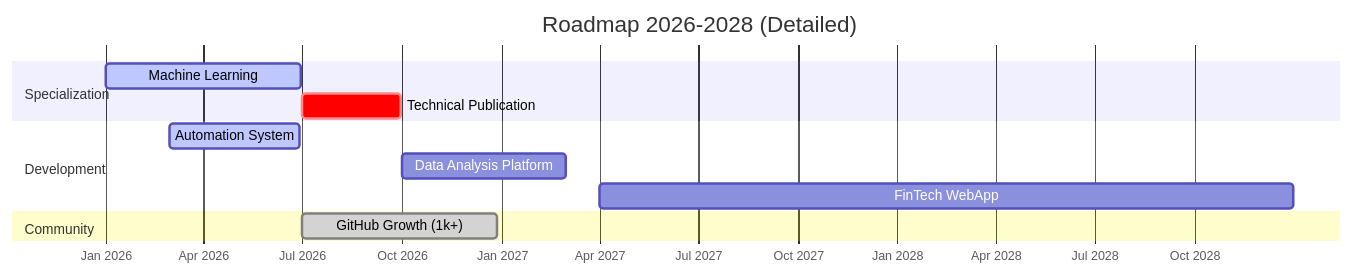
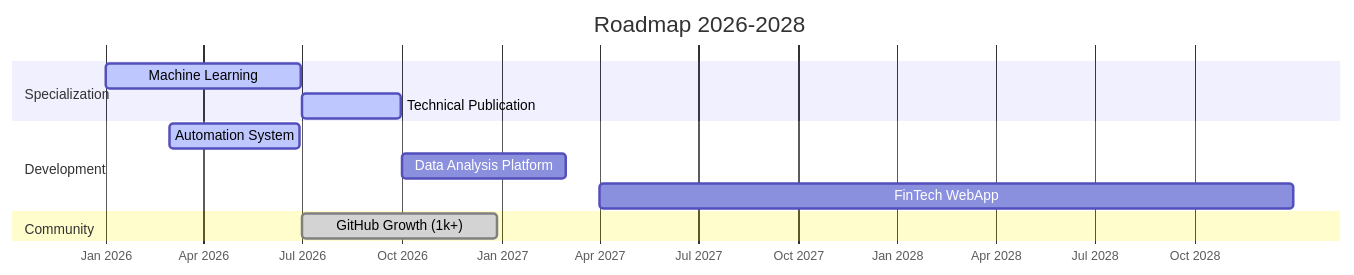
One commit to delblerferreromorgan/delblerferreromorgan changed the second of 4 diagrams in README.md. Above: the diagram before and after it, drawn with Mermaid.

Commit message:
Update roadmap status for Technical Publication

````diff
--- a/README.md
+++ b/README.md
@@ -135,19 +135,19 @@
 ```mermaid
 gantt
-    title Roadmap 2026-2028 (Detailed)
+    title Roadmap 2026-2028
     dateFormat  YYYY-MM-DD
     axisFormat  %b %Y
 
     section Specialization
     Machine Learning           :active, ml1, 2026-01-01, 2026-06-30
-    Technical Publication      :crit,   tp1, 2026-07-01, 2026-09-30
+    Technical Publication      :active, tp1, 2026-07-01, 2026-09-30
 
     section Development
     Automation System          :active, dev1, 2026-03-01, 2026-06-29
     Data Analysis Platform     :        dev2, 2026-10-01, 2027-03-01
     FinTech WebApp             :        dev3, 2027-04-01, 2028-12-31
 
     section Community
     GitHub Growth (1k+)        :done,   com1, 2026-07-01, 2026-12-28
 
 ```
````
